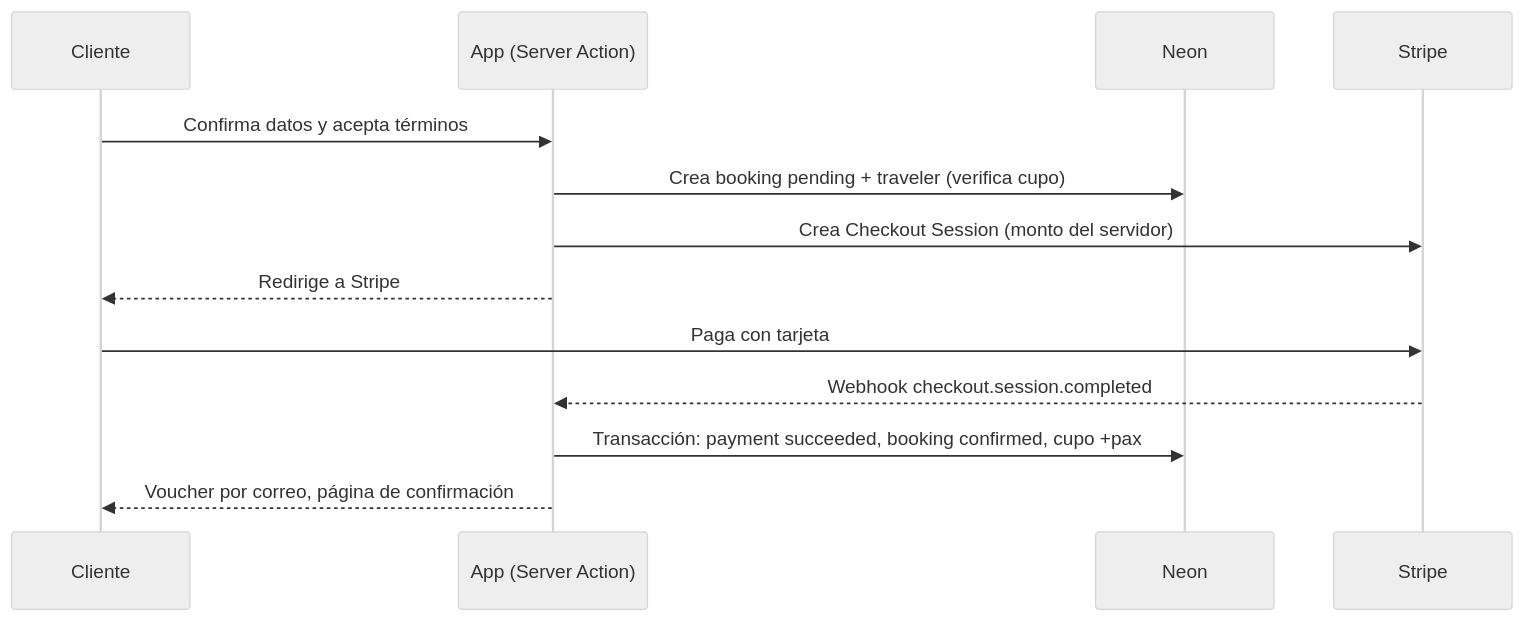
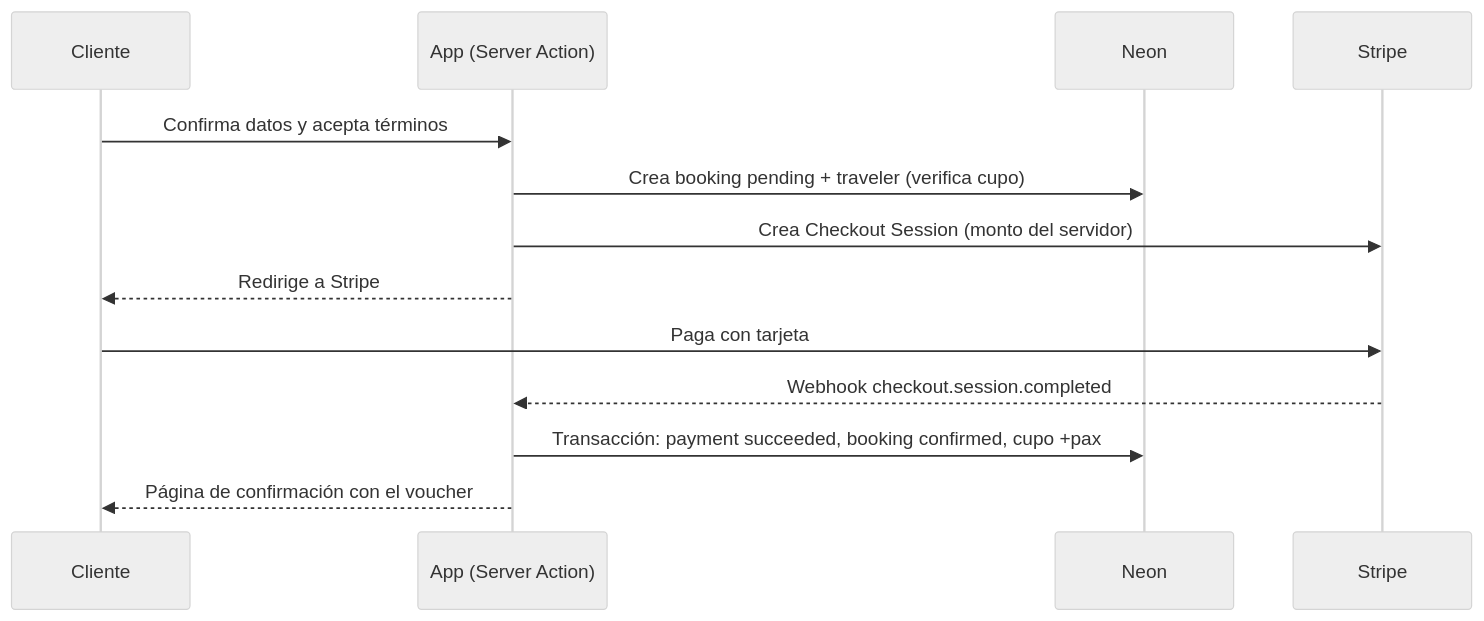
The second of 2 diagrams in docs/SYSTEM-DESIGN.md (leandro291/viajes-app), drawn with Mermaid (neutral theme) before and after one commit. The commit also changed other lines of this file and 2 other files, not shown here.

First line of the commit message:
docs: registrar decisiones de Stripe, imágenes, correo y WhatsApp

````diff
--- a/docs/SYSTEM-DESIGN.md
+++ b/docs/SYSTEM-DESIGN.md
@@ -42,15 +43,15 @@
 ```mermaid
 sequenceDiagram
   participant U as Cliente
   participant A as App (Server Action)
   participant DB as Neon
   participant S as Stripe
   U->>A: Confirma datos y acepta términos
   A->>DB: Crea booking pending + traveler (verifica cupo)
   A->>S: Crea Checkout Session (monto del servidor)
   A-->>U: Redirige a Stripe
   U->>S: Paga con tarjeta
   S-->>A: Webhook checkout.session.completed
   A->>DB: Transacción: payment succeeded, booking confirmed, cupo +pax
-  A-->>U: Voucher por correo, página de confirmación
+  A-->>U: Página de confirmación con el voucher
 ```
````
